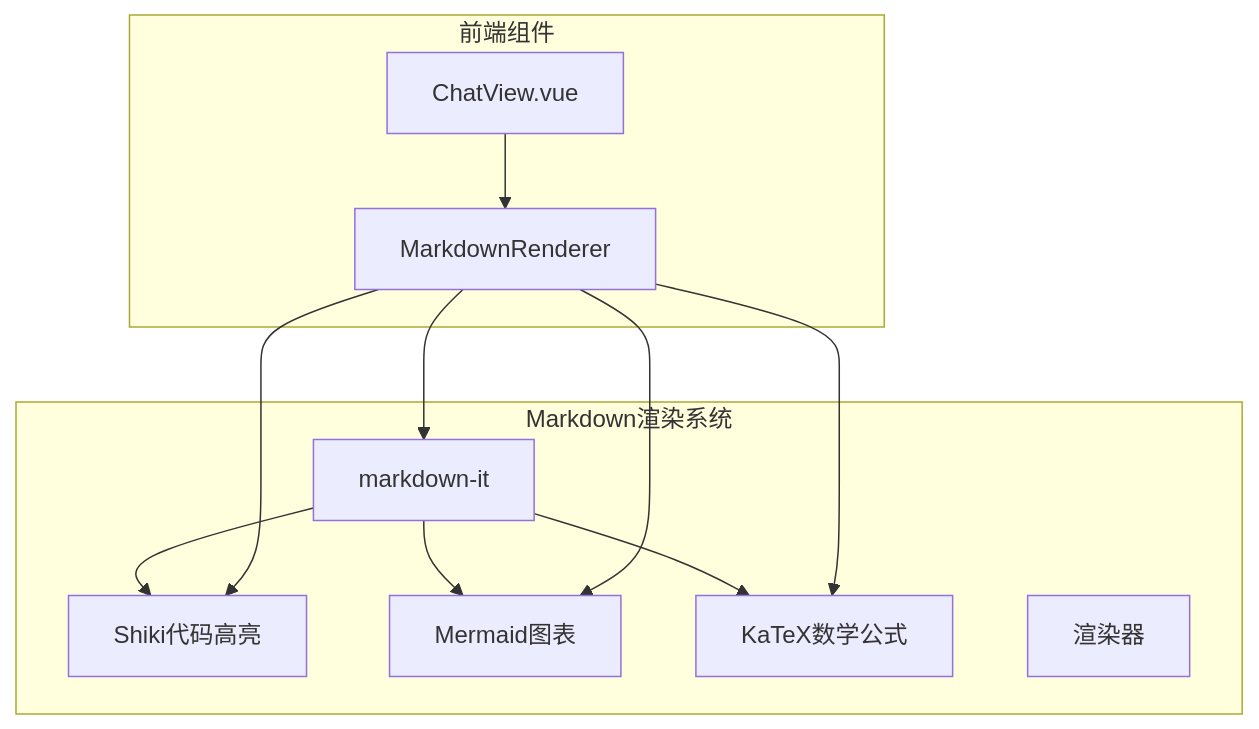
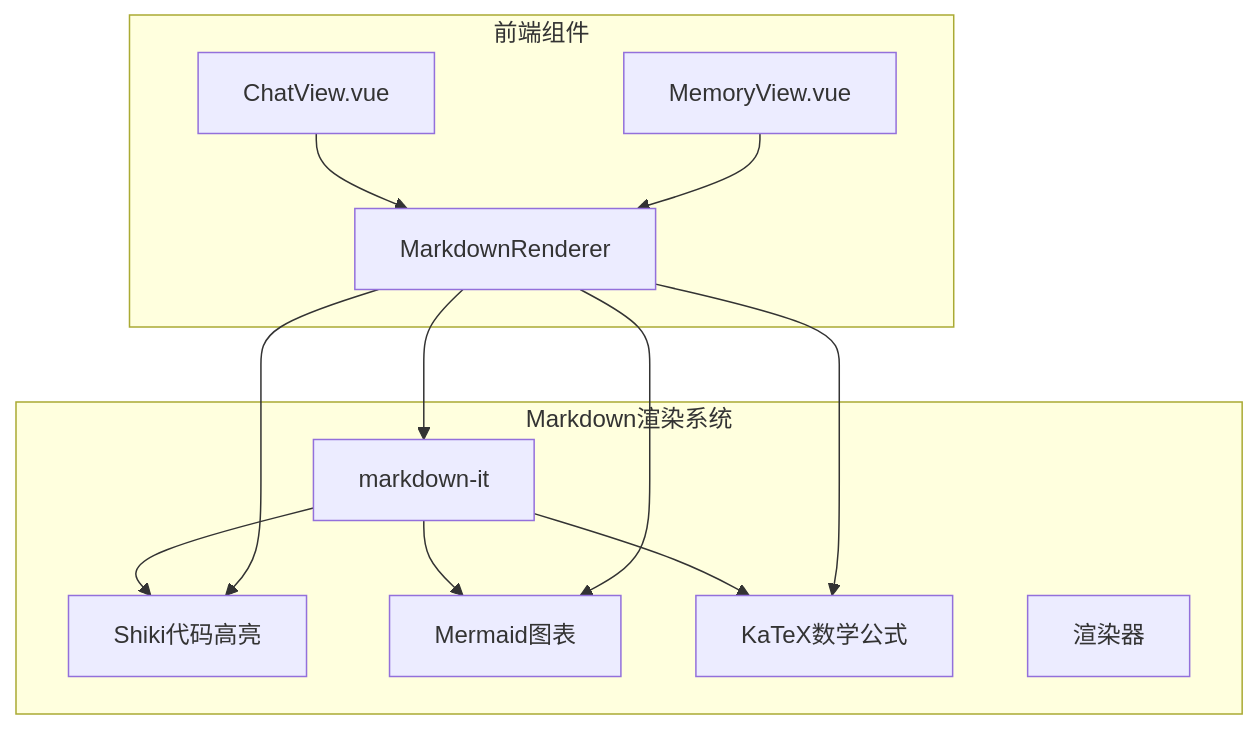
One commit to HanHuiOnLine/724-office changed diagram 13 of 15 in .qoder/repowiki/zh/content/核心模块详解/NL2SQL自然语言到SQL系统/NL2SQL自然语言到SQL系统.md. Above: the diagram before and after it, drawn with Mermaid. The commit also changed other lines of this file and 14 other files, not shown here.

Commit message:
优化意图识别

````diff
--- a/.qoder/repowiki/zh/content/核心模块详解/NL2SQL自然语言到SQL系统/NL2SQL自然语言到SQL系统.md
+++ b/.qoder/repowiki/zh/content/核心模块详解/NL2SQL自然语言到SQL系统/NL2SQL自然语言到SQL系统.md
@@ -609,22 +749,24 @@
 ```mermaid
 graph TB
 subgraph "Markdown渲染系统"
 MD[markdown-it]
 SH[Shiki代码高亮]
 ME[Mermaid图表]
 KA[KaTeX数学公式]
 END[渲染器]
 end
 subgraph "前端组件"
 CV[ChatView.vue]
 MR[MarkdownRenderer]
+MV[MemoryView.vue]
 end
 MD --> SH
 MD --> ME
 MD --> KA
 MR --> MD
 MR --> SH
 MR --> ME
 MR --> KA
 CV --> MR
+MV --> MR
 ```
````
